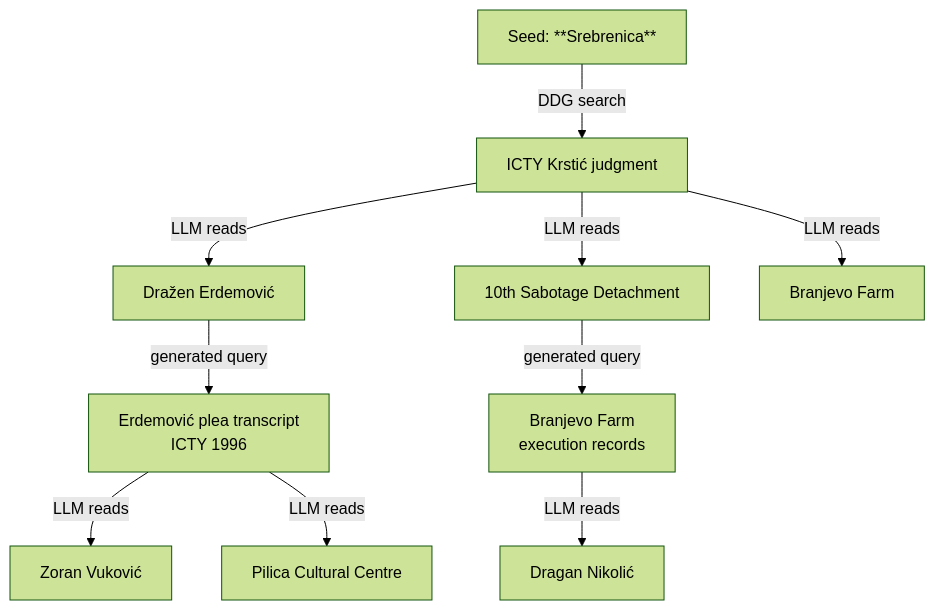
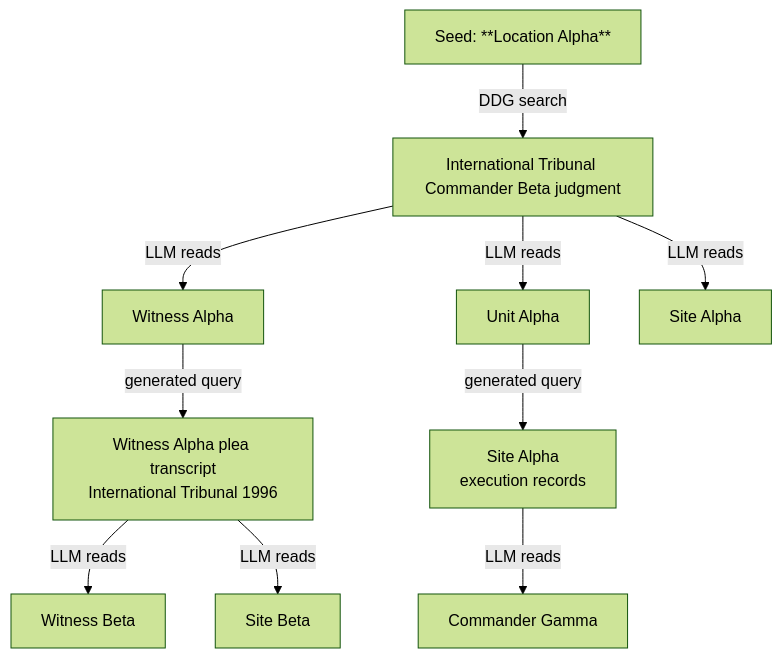
The first of 2 diagrams in docs/advanced/agent-discover.md (jwilliamsresearch/ai4saw), drawn with Mermaid (forest theme) before and after one commit. The commit also changed other lines of this file and 44 other files, not shown here.

````diff
--- a/docs/advanced/agent-discover.md
+++ b/docs/advanced/agent-discover.md
@@ -17,13 +17,13 @@
 ```mermaid
 graph TD
-    S["Seed: **Srebrenica**"]
-    S -->|DDG search| K["ICTY Krstić judgment"]
-    K -->|LLM reads| E1["Dražen Erdemović"]
-    K -->|LLM reads| E2["10th Sabotage Detachment"]
-    K -->|LLM reads| E3["Branjevo Farm"]
-    E1 -->|generated query| P["Erdemović plea transcript\nICTY 1996"]
-    E2 -->|generated query| B["Branjevo Farm\nexecution records"]
-    P -->|LLM reads| F1["Zoran Vuković"]
-    P -->|LLM reads| F2["Pilica Cultural Centre"]
-    B -->|LLM reads| F3["Dragan Nikolić"]
+    S["Seed: **Location Alpha**"]
+    S -->|DDG search| K["International Tribunal Commander Beta judgment"]
+    K -->|LLM reads| E1["Witness Alpha"]
+    K -->|LLM reads| E2["Unit Alpha"]
+    K -->|LLM reads| E3["Site Alpha"]
+    E1 -->|generated query| P["Witness Alpha plea transcript\nInternational Tribunal 1996"]
+    E2 -->|generated query| B["Site Alpha\nexecution records"]
+    P -->|LLM reads| F1["Witness Beta"]
+    P -->|LLM reads| F2["Site Beta"]
+    B -->|LLM reads| F3["Commander Gamma"]
 ```
````
